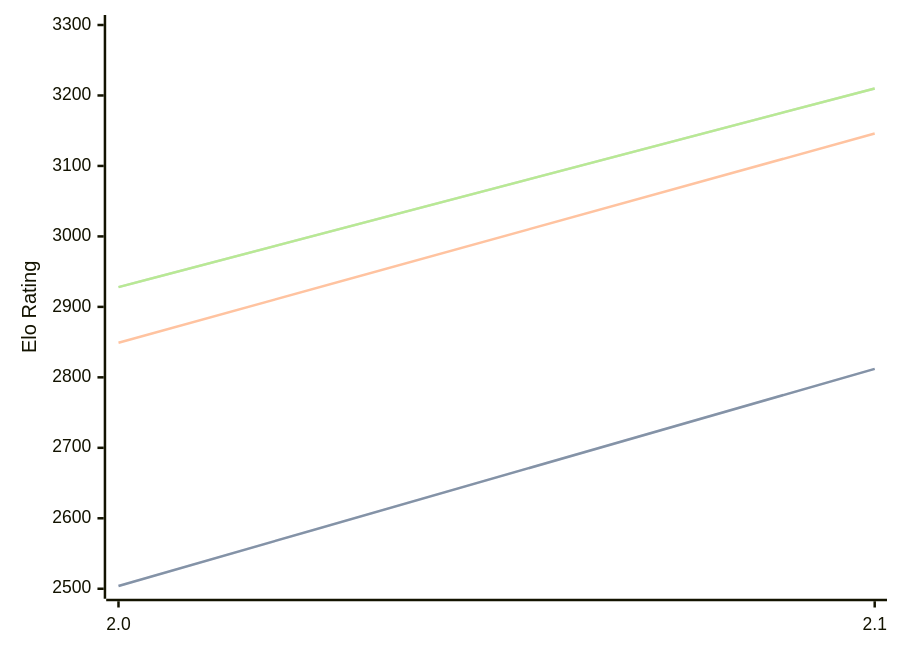
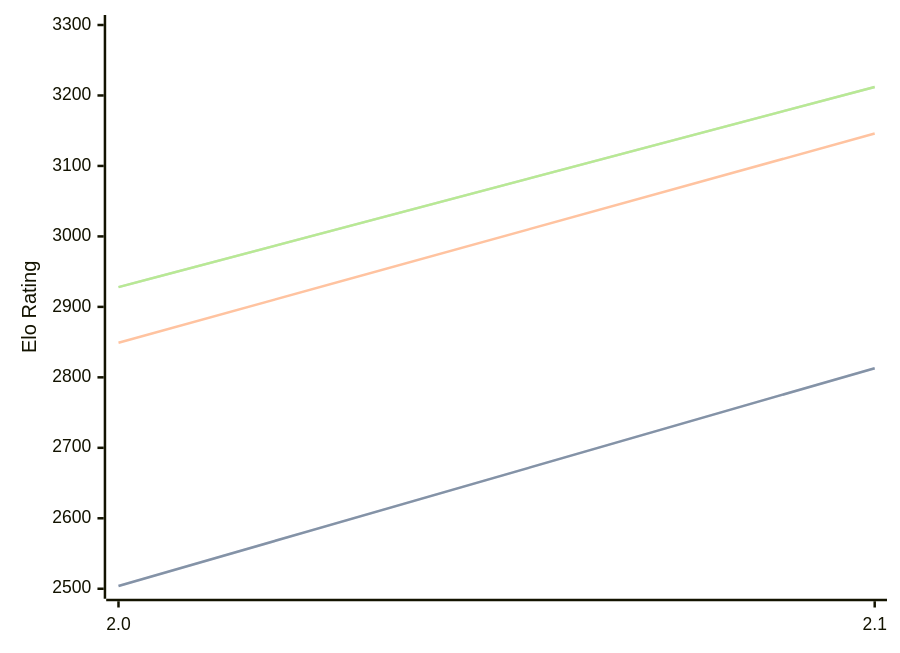
The diagram in engines/Tunguska.md (computer-chess-index/cci), drawn with Mermaid before and after one commit. The commit also changed other lines of this file, not shown here.

Commit message:
Update CCI Ratings (ELO VLTC) - 2026-09-02

````diff
--- a/engines/Tunguska.md
+++ b/engines/Tunguska.md
@@ -32,11 +32,11 @@
 ```mermaid
 %%{init: {"theme":"base","themeVariables":{"seriesColors:['#a3a3a3','#222221','#faa371']}}}%%
 xychart-beta
   x-axis ["2.0", "2.1"]
   y-axis "Elo Rating" 2500 --> 3300
-  line "" [2504, 2812]
-  line "STC (8.0+0.08s)" [2504, 2812]
+  line "" [2504, 2813]
+  line "STC (8.0+0.08s)" [2504, 2813]
   line "LTC (60.0+0.60s)" [2849, 3146]
-  line "" [2928, 3210]
-  line "VLTC (2m24s+1.12s)" [2928, 3210]
+  line "" [2928, 3212]
+  line "VLTC (2m24s+1.12s)" [2928, 3212]
 ```
````
